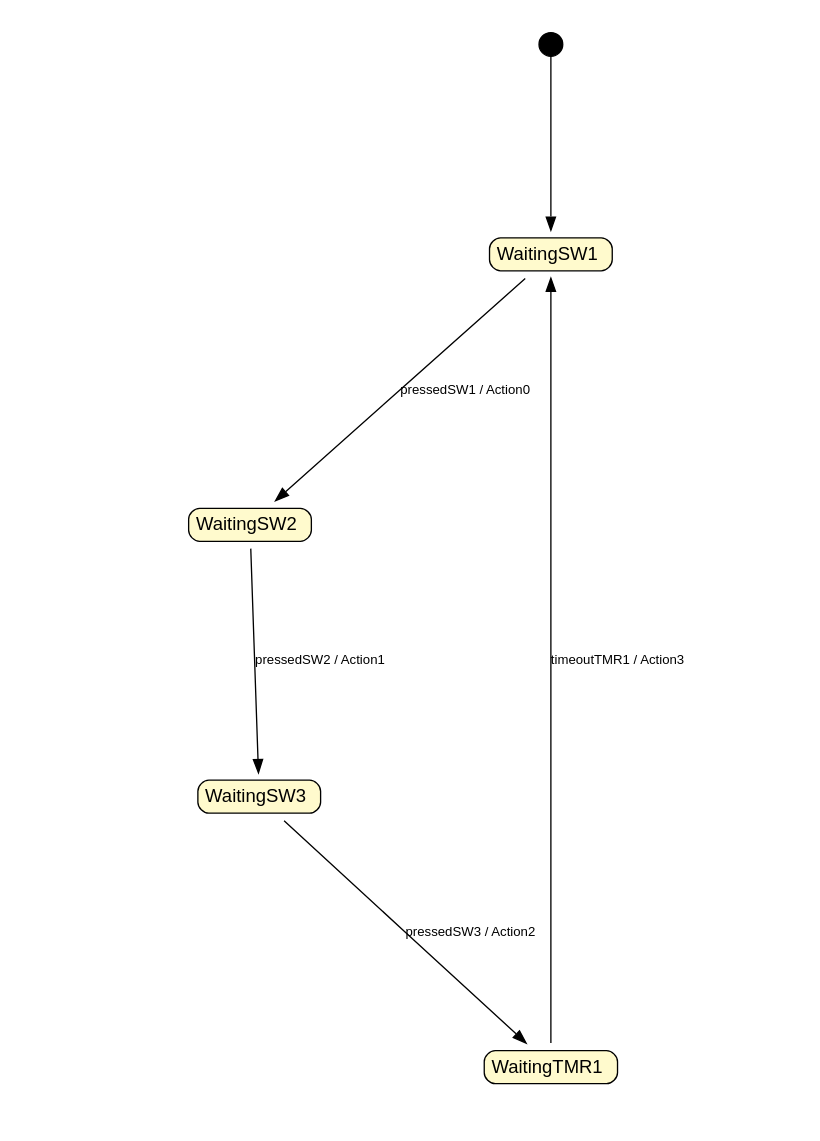
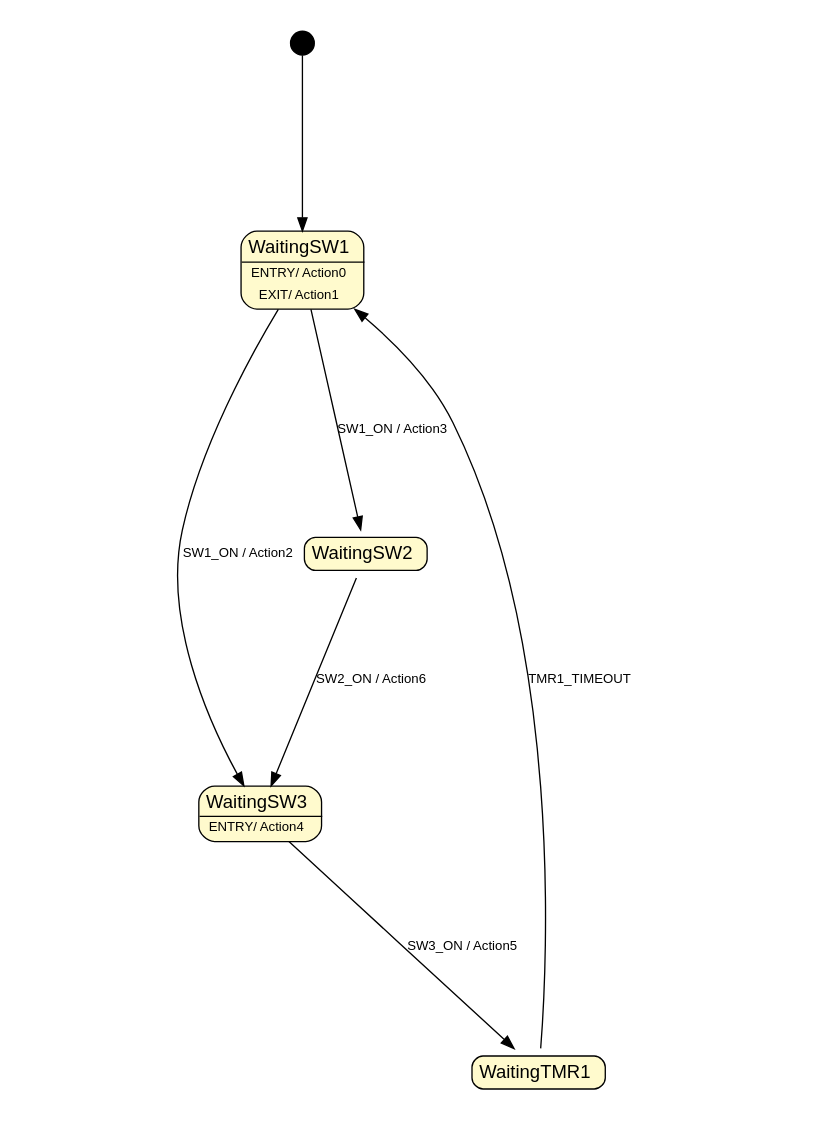
One commit to Rafa350/EOS changed the diagram in v2/Demo/FsmDemo/Machine/fsmMachine.dot. Above: the diagram before and after it, drawn with Graphviz. The commit also changed 18 other files, not shown here.

```diff
--- a/v2/Demo/FsmDemo/Machine/fsmMachine.dot
+++ b/v2/Demo/FsmDemo/Machine/fsmMachine.dot
@@ -1,64 +1,67 @@
 digraph {
     ratio = "fill"
     size = "8.3,11.7!"
     margin = 0.5
     fontname = "arial"
     fontsize = 10
 
     node [
         fontname = "arial",
         fontsize = 14,
         shape = "none",
         margin = 0
     ]
 
     edge [
         fontname = "arial",
         fontsize = 10
     ]
 
     START [
         label= "",
         width = "0.25",
         height = "0.25",
         shape = "circle",
         style = "filled",
         fillcolor ="black"
     ]
 
     WaitingSW1 [
-        label = <<table cellborder="0" style="rounded" bgcolor="lemonchiffon"><tr><td><font point-size="14"> WaitingSW1 </font></td></tr></table>>
+        label = <<table cellborder="0" style="rounded" bgcolor="lemonchiffon"><tr><td><font point-size="14"> WaitingSW1 </font></td></tr><hr/><tr><td><font point-size="10"> ENTRY/ Action0 </font></td></tr><tr><td><font point-size="10"> EXIT/ Action1 </font></td></tr></table>>
+    ];
+
+    WaitingSW3 [
+        label = <<table cellborder="0" style="rounded" bgcolor="lemonchiffon"><tr><td><font point-size="14"> WaitingSW3 </font></td></tr><hr/><tr><td><font point-size="10"> ENTRY/ Action4 </font></td></tr></table>>
     ];
 
     WaitingSW2 [
         label = <<table cellborder="0" style="rounded" bgcolor="lemonchiffon"><tr><td><font point-size="14"> WaitingSW2 </font></td></tr></table>>
-    ];
-
-    WaitingSW3 [
-        label = <<table cellborder="0" style="rounded" bgcolor="lemonchiffon"><tr><td><font point-size="14"> WaitingSW3 </font></td></tr></table>>
     ];
 
     WaitingTMR1 [
         label = <<table cellborder="0" style="rounded" bgcolor="lemonchiffon"><tr><td><font point-size="14"> WaitingTMR1 </font></td></tr></table>>
     ];
 
 
     START->WaitingSW1
 
+    WaitingSW1->WaitingSW3 [
+        label = "SW1_ON / Action2"
+    ];
     WaitingSW1->WaitingSW2 [
-        label = "pressedSW1 / Action0"
+        label = "SW1_ON / Action3"
+    ];
+
+    WaitingSW3->WaitingTMR1 [
+        label = "SW3_ON / Action5"
     ];
 
     WaitingSW2->WaitingSW3 [
-        label = "pressedSW2 / Action1"
-    ];
-
-    WaitingSW3->WaitingTMR1 [
-        label = "pressedSW3 / Action2"
+        label = "SW2_ON / Action6"
     ];
 
     WaitingTMR1->WaitingSW1 [
-        label = "timeoutTMR1 / Action3"
+        label = "TMR1_TIMEOUT"
     ];
 
 }
```
